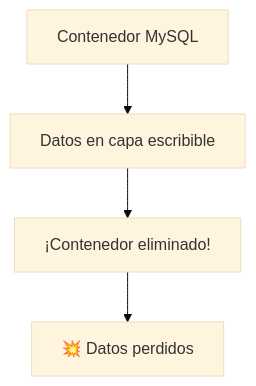
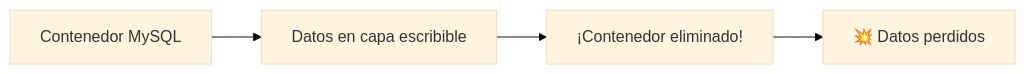
The first of 21 diagrams in slides/03-docker-datos-redes.qmd (map0logo/curso-docker-k8s), drawn with Mermaid (base theme) before and after one commit. The commit also changed other lines of this file and 2 other files, not shown here.

````diff
--- a/slides/03-docker-datos-redes.qmd
+++ b/slides/03-docker-datos-redes.qmd
@@ -34,6 +33,6 @@
 ```{mermaid}
-graph TD
+graph LR
     A[Contenedor MySQL] --> B[Datos en capa escribible]
     B --> C[¡Contenedor eliminado!]
     C --> D[💥 Datos perdidos]
 ```
````
